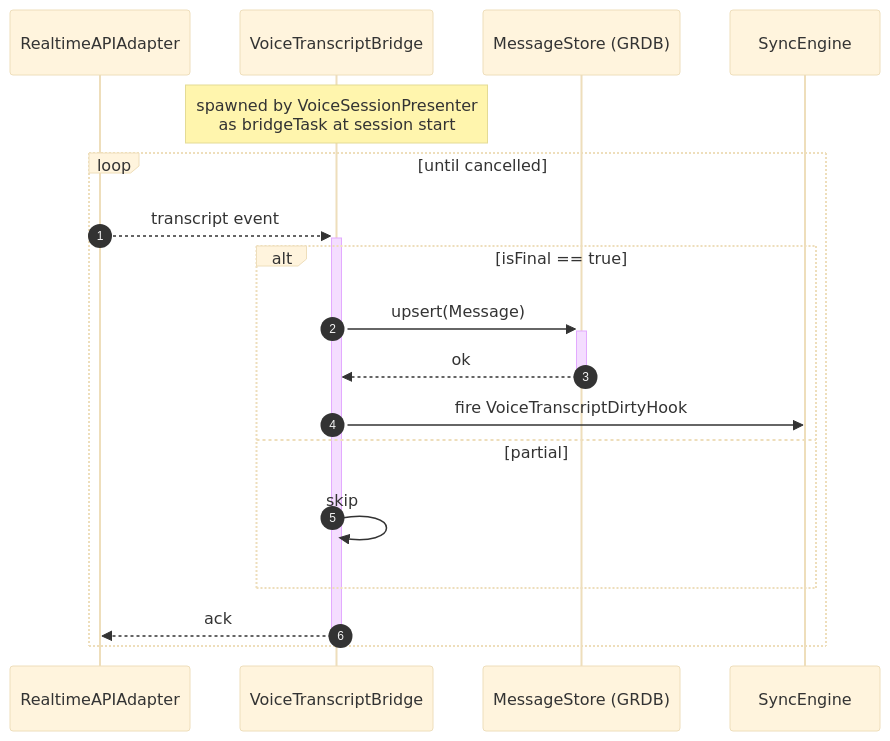
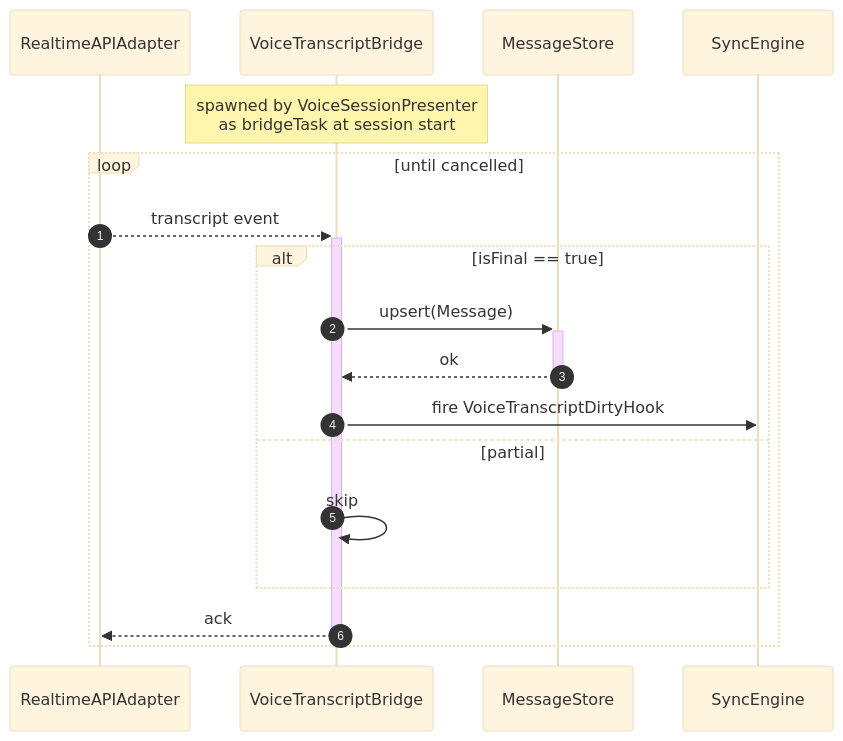
Before and after one commit to matovu-farid/rishi-monorepo: the fourth of 5 diagrams in apps/apple/docs/VOICE-CHAT-PIPELINE.md, drawn with Mermaid (base theme). The commit also changed other lines of this file and 66 other files, not shown here.

````diff
--- a/apps/apple/docs/VOICE-CHAT-PIPELINE.md
+++ b/apps/apple/docs/VOICE-CHAT-PIPELINE.md
@@ -151,22 +151,22 @@
 ```mermaid
 sequenceDiagram
     autonumber
     participant SDK as RealtimeAPIAdapter
     participant Bridge as VoiceTranscriptBridge
-    participant Store as MessageStore (GRDB)
+    participant Store as MessageStore
     participant Sync as SyncEngine
 
     Note over Bridge: spawned by VoiceSessionPresenter<br/>as bridgeTask at session start
 
     loop until cancelled
         SDK-->>+Bridge: transcript event
         alt isFinal == true
             Bridge->>+Store: upsert(Message)
             Store-->>-Bridge: ok
             Bridge->>Sync: fire VoiceTranscriptDirtyHook
         else partial
             Bridge->>Bridge: skip
         end
         Bridge-->>-SDK: ack
     end
 ```
````
